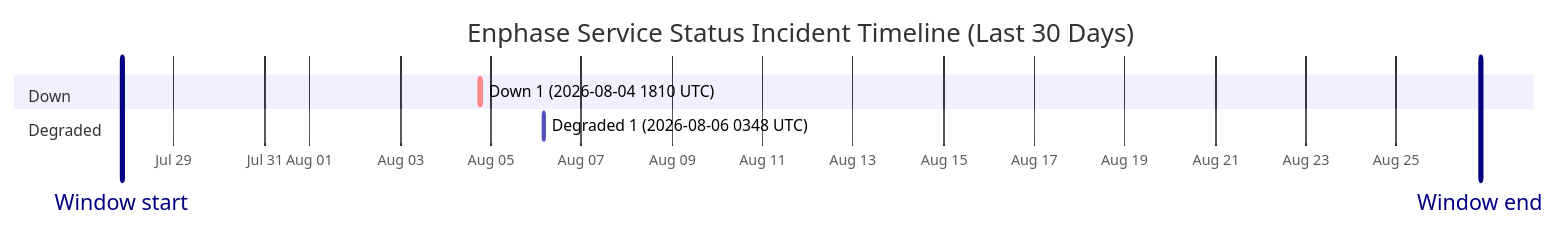
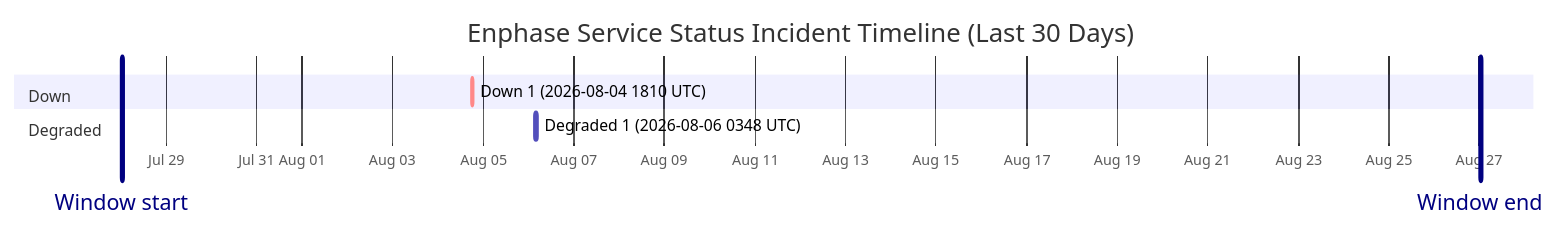
The diagram in wiki/Service-Status-History.md (barneyonline/ha-enphase-energy), drawn with Mermaid before and after one commit. The commit also changed other lines of this file and 3 other files, not shown here.

````diff
--- a/wiki/Service-Status-History.md
+++ b/wiki/Service-Status-History.md
@@ -14,12 +14,12 @@
 ```mermaid
 gantt
     title Enphase Service Status Incident Timeline (Last 30 Days)
     dateFormat  YYYY-MM-DDTHH:mm:ss
     axisFormat  %b %d
-    Window start :vert, window-start, 2026-07-27T20:32:55, 0ms
-    Window end :vert, window-end, 2026-08-26T20:32:55, 0ms
+    Window start :vert, window-start, 2026-07-28T00:27:32, 0ms
+    Window end :vert, window-end, 2026-08-27T00:27:32, 0ms
     section Down
     Down 1 (2026-08-04 1810 UTC) :crit, down-1, 2026-08-04T18:10:46, 60m
     section Degraded
     Degraded 1 (2026-08-06 0348 UTC) :active, degraded-1, 2026-08-06T03:48:14, 60m
 ```
````
